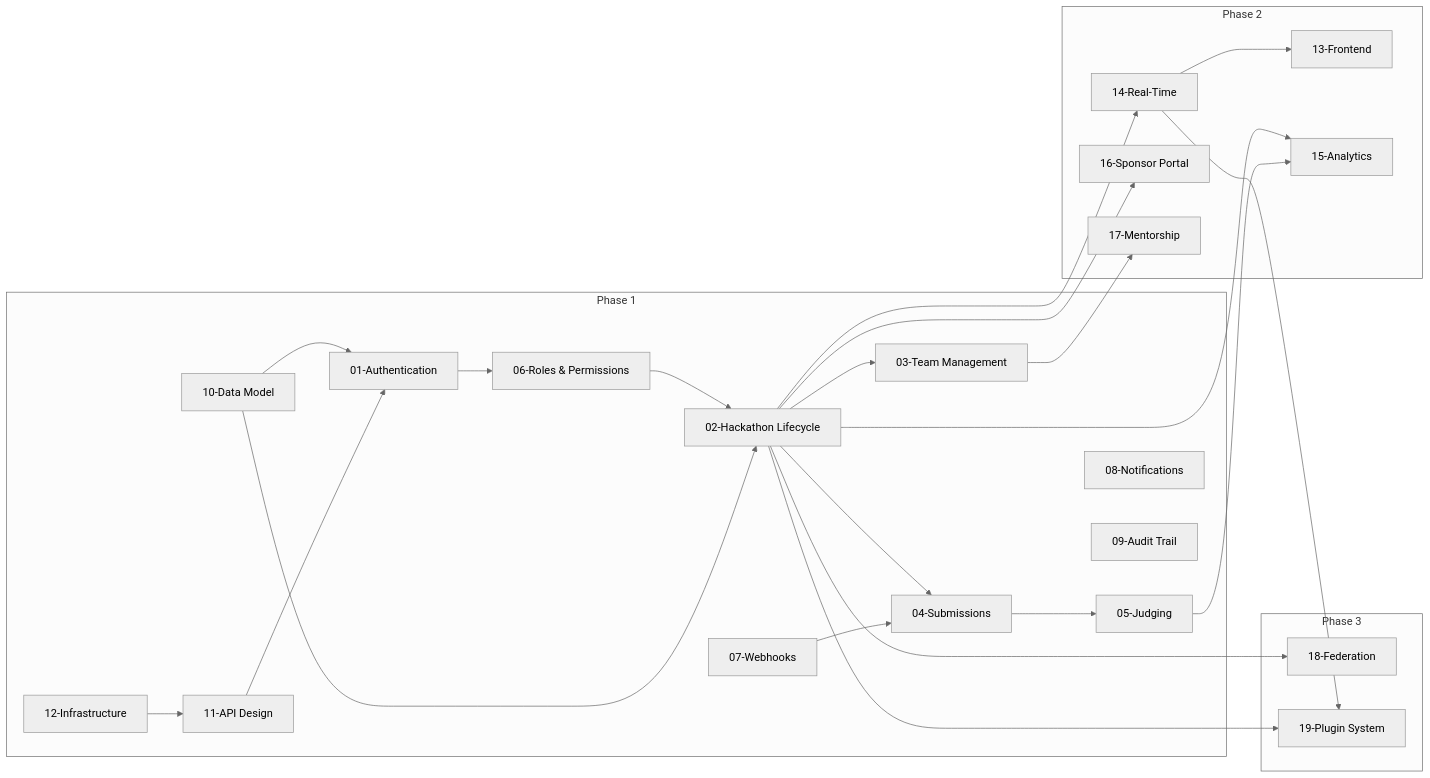
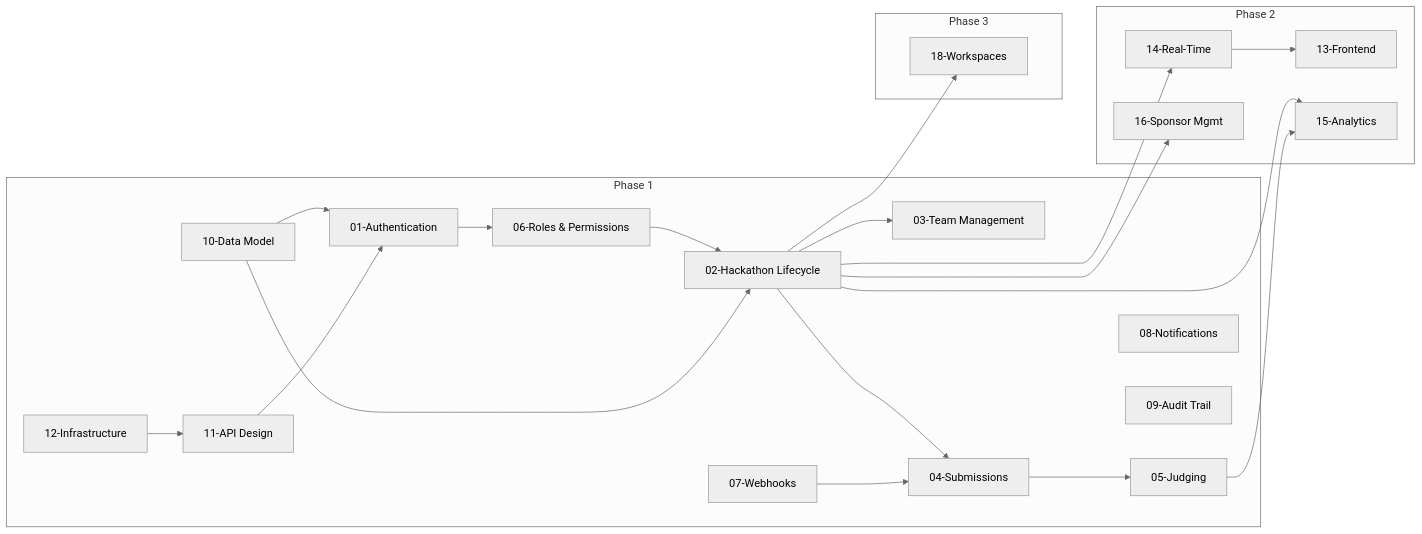
Before and after one commit to devangshupandey2025-stack/DevSage: the eighth of 8 diagrams in docs/v3/planned/00-overview.md, drawn with Mermaid (neutral theme). The commit also changed other lines of this file, not shown here.

First line of the commit message:
docs(overview): simplify platform architecture for Phase 1

````diff
--- a/docs/v3/planned/00-overview.md
+++ b/docs/v3/planned/00-overview.md
@@ -509,52 +508,51 @@
 ```mermaid
 flowchart LR
     subgraph P1["Phase 1"]
         AUTH["01-Authentication"]
         HACK["02-Hackathon Lifecycle"]
         TEAM["03-Team Management"]
         SUB["04-Submissions"]
         JUDGE["05-Judging"]
         ROLES["06-Roles & Permissions"]
         HOOK["07-Webhooks"]
         NOTIF["08-Notifications"]
         AUDIT["09-Audit Trail"]
         DATA["10-Data Model"]
         APID["11-API Design"]
         INFRA["12-Infrastructure"]
     end
 
     subgraph P2["Phase 2"]
         FE["13-Frontend"]
         RTME["14-Real-Time"]
         ANLY["15-Analytics"]
-        SPON["16-Sponsor Portal"]
-        MENT["17-Mentorship"]
+        SPON["16-Sponsor Mgmt"]
+
     end
 
     subgraph P3["Phase 3"]
-        FED["18-Federation"]
-        PLUG["19-Plugin System"]
+        FED["18-Workspaces"]
+
     end
 
     AUTH --> ROLES
     ROLES --> HACK
     HACK --> TEAM
     HACK --> SUB
     SUB --> JUDGE
     HOOK --> SUB
     DATA --> AUTH
     DATA --> HACK
     APID --> AUTH
     INFRA --> APID
 
     HACK --> RTME
     HACK --> ANLY
     JUDGE --> ANLY
     RTME --> FE
     HACK --> SPON
-    TEAM --> MENT
+
 
     HACK --> FED
-    HACK --> PLUG
-    RTME --> PLUG
+
 ```
````
